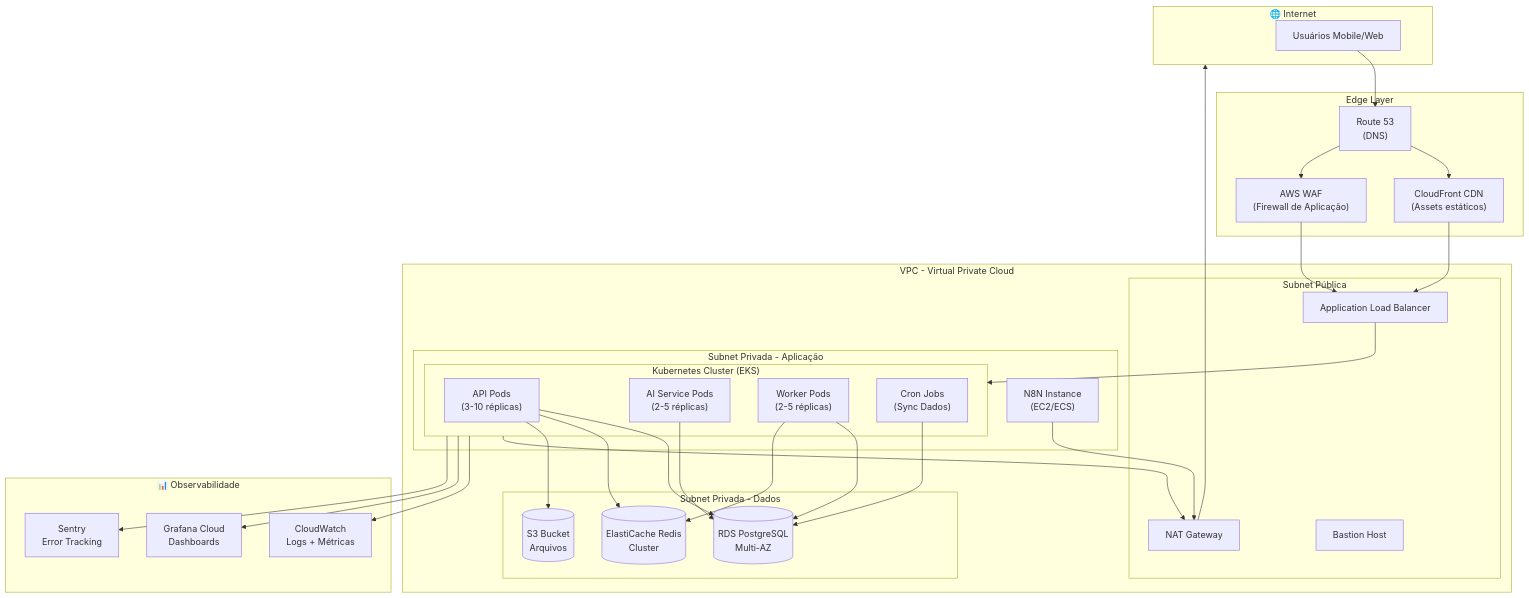
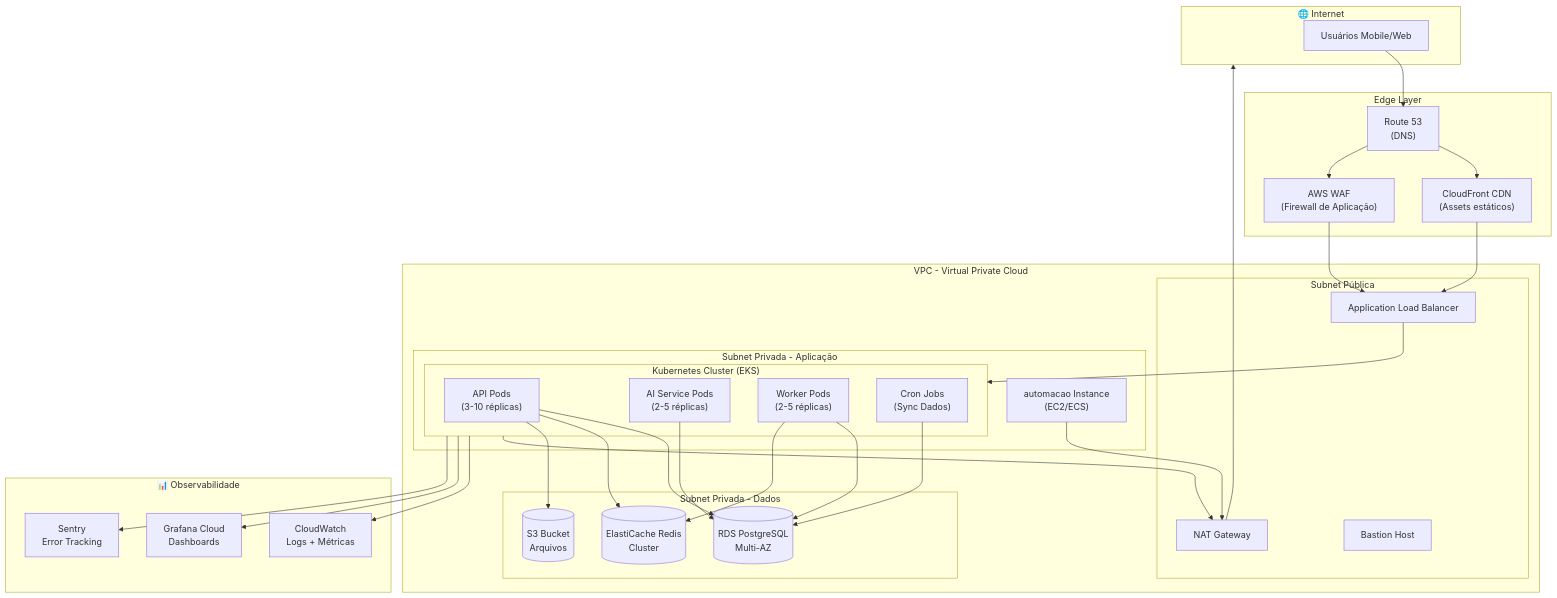
The sixth of 33 diagrams in docs/ESCOPO_E_ARQUITETURA_CAMARA_NA_MAO.md (MTechnologia/camana-na-mao), drawn with Mermaid before and after one commit. The commit also changed other lines of this file and 77 other files, not shown here.

````diff
--- a/docs/ESCOPO_E_ARQUITETURA_CAMARA_NA_MAO.md
+++ b/docs/ESCOPO_E_ARQUITETURA_CAMARA_NA_MAO.md
@@ -422,65 +422,65 @@
 ```mermaid
 flowchart TB
     subgraph Internet["🌐 Internet"]
         Users["Usuários Mobile/Web"]
     end
 
     subgraph Edge["Edge Layer"]
         CDN["CloudFront CDN<br/>(Assets estáticos)"]
         WAF["AWS WAF<br/>(Firewall de Aplicação)"]
         Route53["Route 53<br/>(DNS)"]
     end
 
     subgraph VPC["VPC - Virtual Private Cloud"]
         subgraph PublicSubnet["Subnet Pública"]
             ALB["Application Load Balancer"]
             NAT["NAT Gateway"]
             Bastion["Bastion Host"]
         end
 
         subgraph PrivateSubnet["Subnet Privada - Aplicação"]
             subgraph EKS["Kubernetes Cluster (EKS)"]
                 APIPods["API Pods<br/>(3-10 réplicas)"]
                 AIPods["AI Service Pods<br/>(2-5 réplicas)"]
                 WorkerPods["Worker Pods<br/>(2-5 réplicas)"]
                 CronPods["Cron Jobs<br/>(Sync Dados)"]
             end
-            N8NInstance["N8N Instance<br/>(EC2/ECS)"]
+            automacaoInstance["automacao Instance<br/>(EC2/ECS)"]
         end
 
         subgraph DataSubnet["Subnet Privada - Dados"]
             RDS[("RDS PostgreSQL<br/>Multi-AZ")]
             ElastiCache[("ElastiCache Redis<br/>Cluster")]
             S3Bucket[("S3 Bucket<br/>Arquivos")]
         end
     end
 
     subgraph Monitoring["📊 Observabilidade"]
         CloudWatch["CloudWatch<br/>Logs + Métricas"]
         Grafana["Grafana Cloud<br/>Dashboards"]
         Sentry["Sentry<br/>Error Tracking"]
     end
 
     Users --> Route53
     Route53 --> CDN
     Route53 --> WAF
     CDN --> ALB
     WAF --> ALB
     ALB --> EKS
 
     APIPods --> RDS
     APIPods --> ElastiCache
     APIPods --> S3Bucket
     AIPods --> RDS
     WorkerPods --> RDS
     WorkerPods --> ElastiCache
     CronPods --> RDS
 
     EKS --> NAT
-    N8NInstance --> NAT
+    automacaoInstance --> NAT
     NAT --> Internet
 
     EKS --> CloudWatch
     EKS --> Grafana
     EKS --> Sentry
 ```
````
